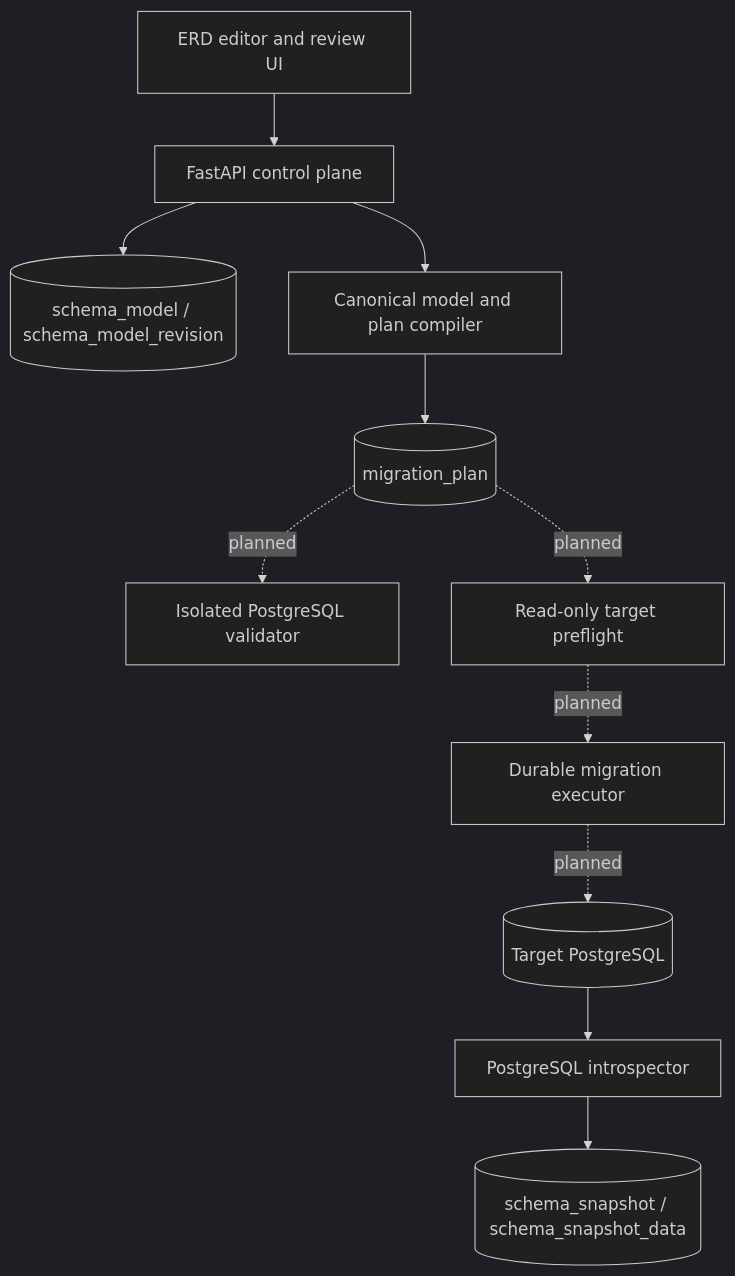
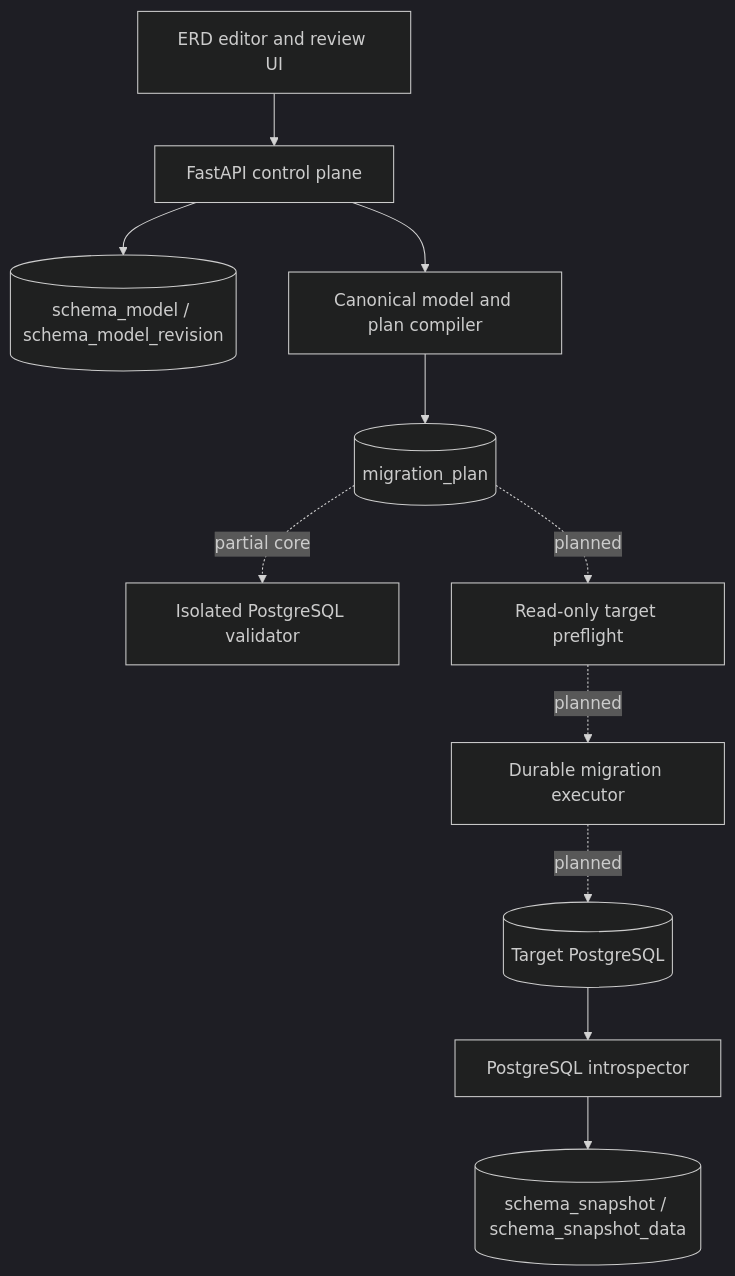
The diagram in ARCHITECTURE.md (ContextualWisdomLab/pg-erd-cloud), drawn with Mermaid (dark theme) before and after one commit. The commit also changed other lines of this file and 14 other files, not shown here.

Commit message:
feat: execute signed plans in isolated sandbox

````diff
--- a/ARCHITECTURE.md
+++ b/ARCHITECTURE.md
@@ -11,13 +11,13 @@
 ```mermaid
 flowchart TD
   UI[ERD editor and review UI] --> API[FastAPI control plane]
   API --> MODEL[(schema_model / schema_model_revision)]
   API --> COMPILER[Canonical model and plan compiler]
   COMPILER --> PLAN[(migration_plan)]
-  PLAN -. planned .-> SANDBOX[Isolated PostgreSQL validator]
+  PLAN -. partial core .-> SANDBOX[Isolated PostgreSQL validator]
   PLAN -. planned .-> PREFLIGHT[Read-only target preflight]
   PREFLIGHT -. planned .-> EXECUTOR[Durable migration executor]
   EXECUTOR -. planned .-> TARGET[(Target PostgreSQL)]
   TARGET --> INTROSPECTOR[PostgreSQL introspector]
   INTROSPECTOR --> SNAPSHOT[(schema_snapshot / schema_snapshot_data)]
 ```
````
